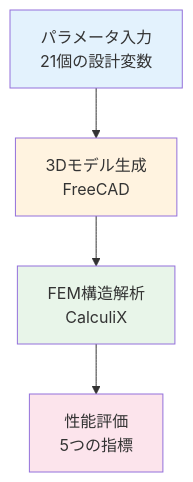
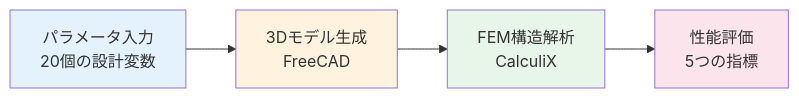
Before and after one commit to jkushida/ai-arch: the third of 5 diagrams in generate_building_fem_analyze_report.md, drawn with Mermaid. The commit also changed other lines of this file and 11 other files, not shown here.

````diff
--- a/generate_building_fem_analyze_report.md
+++ b/generate_building_fem_analyze_report.md
@@ -81,16 +81,16 @@
 ```mermaid
-graph TB
-    A["パラメータ入力<br/>21個の設計変数"]
+graph LR
+    A["パラメータ入力<br/>20個の設計変数"]
     B["3Dモデル生成<br/>FreeCAD"]
     C["FEM構造解析<br/>CalculiX"]
     D["性能評価<br/>5つの指標"]
     
     A --> B
     B --> C
     C --> D
     
     style A fill:#e3f2fd
     style B fill:#fff3e0
     style C fill:#e8f5e9
     style D fill:#fce4ec
 ```
````
